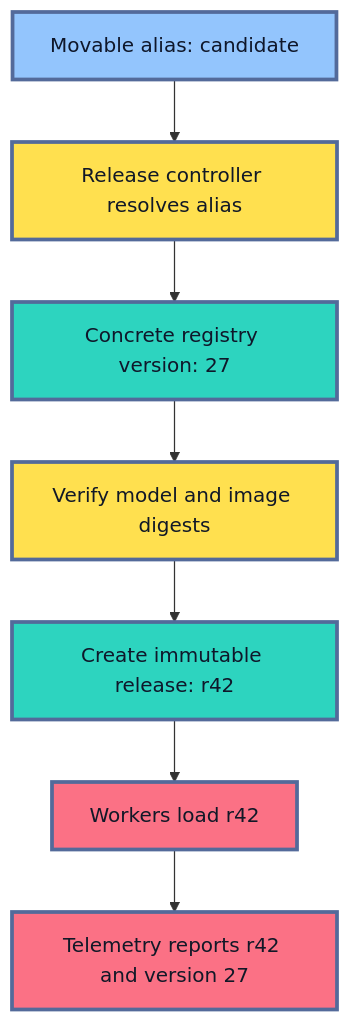
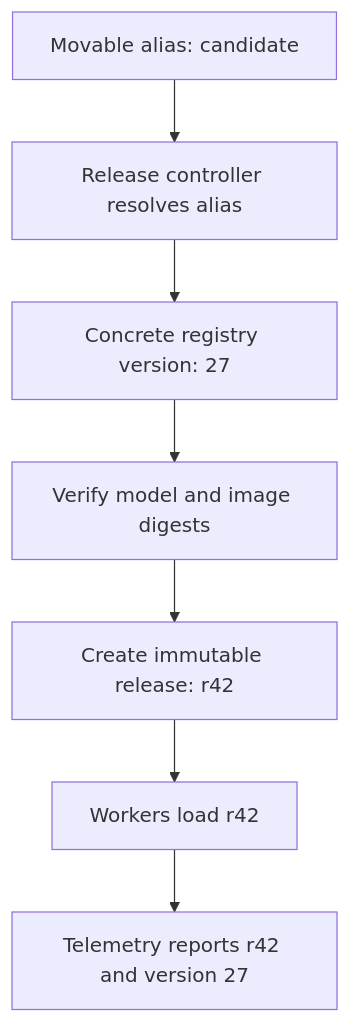
One commit to senlinyy/dev-roadmaps changed the third of 4 diagrams in roadmaps/mlops/modules/deployment-and-release-management/model-release-basics/02-model-versioning-in-production.md. Above: the diagram before and after it, drawn with Mermaid. The commit also changed other lines of this file and 152 other files, not shown here.

Commit message:
feat: mlops and diagrams updated

````diff
--- a/roadmaps/mlops/modules/deployment-and-release-management/model-release-basics/02-model-versioning-in-production.md
+++ b/roadmaps/mlops/modules/deployment-and-release-management/model-release-basics/02-model-versioning-in-production.md
@@ -301,18 +294,14 @@
 ```mermaid
 flowchart TD
     A["Movable alias: candidate"] --> B["Release controller resolves alias"]
     B --> C["Concrete registry version: 27"]
     C --> D["Verify model and image digests"]
     D --> E["Create immutable release: r42"]
     E --> F["Workers load r42"]
     F --> G["Telemetry reports r42 and version 27"]
 
-    classDef pointer fill:#93C5FD,stroke:#536A9A,stroke-width:3px,color:#0F172A
-    classDef control fill:#FFE04F,stroke:#536A9A,stroke-width:3px,color:#111827
-    classDef immutable fill:#2DD4BF,stroke:#536A9A,stroke-width:3px,color:#0F172A
-    classDef runtime fill:#FB7185,stroke:#536A9A,stroke-width:3px,color:#111827
     class A pointer
     class B,D control
     class C,E immutable
     class F,G runtime
 ```
````
